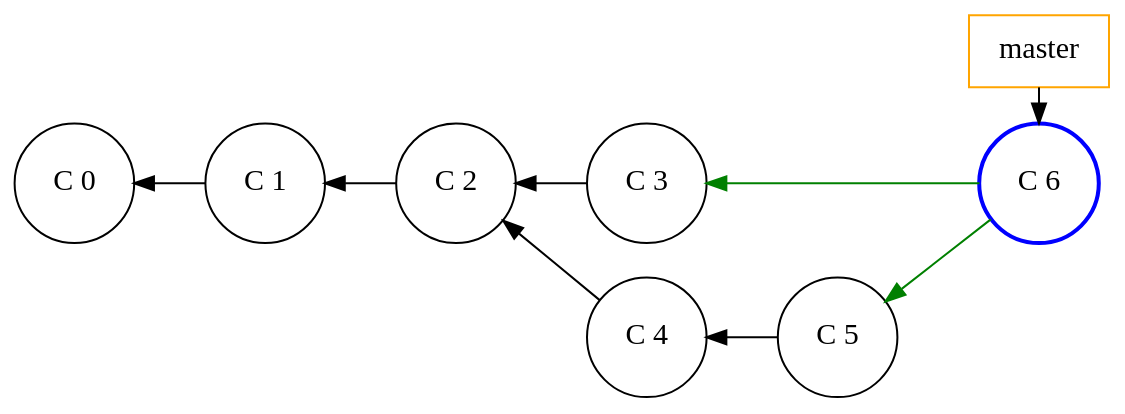
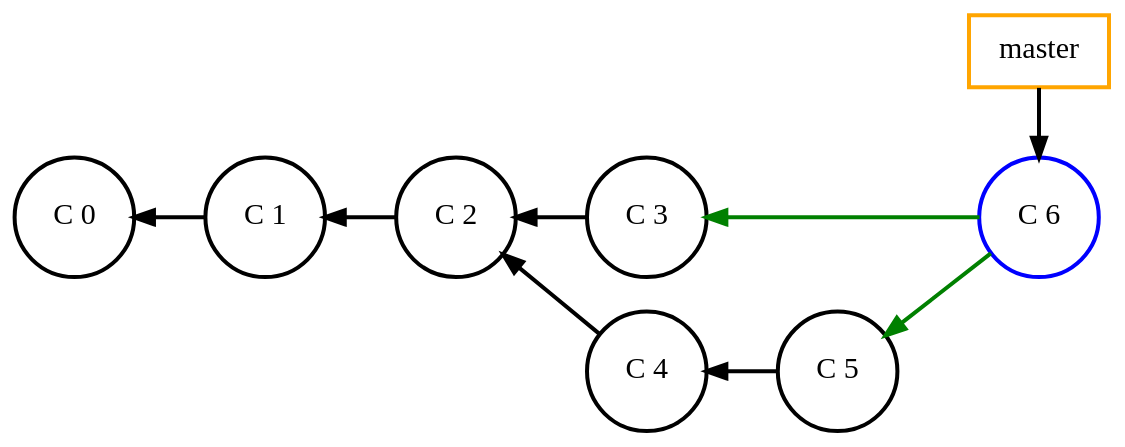
The diagram in slides/intro/src/docs/asciidoc/graphviz/git-merge-conflict-2.dot (Gepardec/git-training), drawn with Graphviz before and after one commit. The commit also changed 31 other files, not shown here.

Commit message:
Removed unused graphviz files. Modified all graphviz graphs to use bold nodes and arrows. Little changes in slides

```diff
--- a/slides/intro/src/docs/asciidoc/graphviz/git-merge-conflict-2.dot
+++ b/slides/intro/src/docs/asciidoc/graphviz/git-merge-conflict-2.dot
@@ -1,39 +1,38 @@
 digraph git_merge_fast_fwd {
     splines=line
     rankdir=LR
     bgcolor=transparent
 
-    node[width=0.3, shape=rect,fontsize=15.0, style="", color=orange]
-    edge[dir=back, style=""]
+    node[width=0.3, shape=rect,fontsize=15.0, style=bold, color=orange]
+    edge[dir=back, style=bold]
     master [label="master"]
 
-    node[shape=circle,fontsize=15.0, style="", color=""]
-    edge[dir=back, style=""]
+    node[shape=circle,fontsize=15.0, color=""]
+    edge[dir=back]
 
     c_0 [label="C 0", group=master]
     c_1 [label="C 1", group=master]
     c_2 [label="C 2", group=master]
     c_3 [label="C 3", group=master]
     c_4 [label="C 4", group=branch]
     c_5 [label="C 5", group=branch]
 
     /* Marked nodes */
-    node[shape=circle, color=blue, style=bold]
+    node[shape=circle, color=blue]
     c_6 [label="C 6", group=master]
 
-    edge[style=""]
     c_0 -> c_1 -> c_2
     c_2 -> c_3
     c_2 -> c_4
 
     edge[color=""]
-    master -> c_6 [dir=""]
+    master -> c_6 [dir="",minlen=2]
 
     c_4 -> c_5
     edge[color=green]
     c_3 -> c_6
     c_5 -> c_6
 
     {rank=same; c_3 c_4 }
     {rank=same; master c_6 }
 }
```
